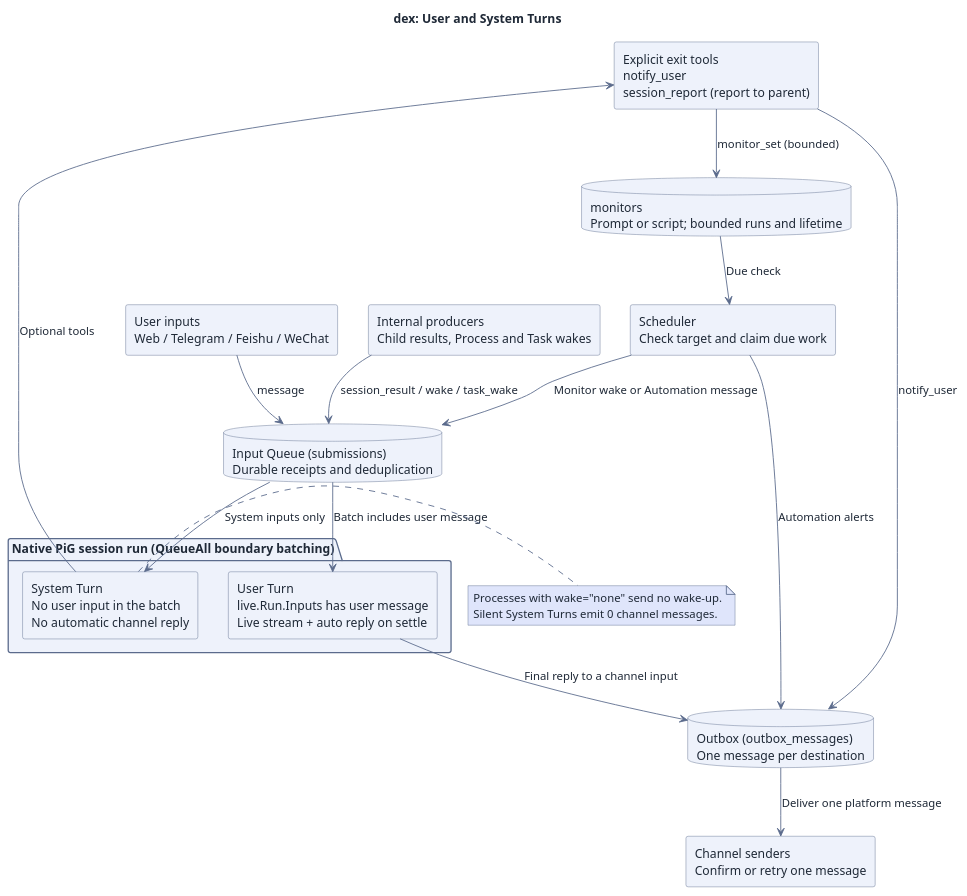
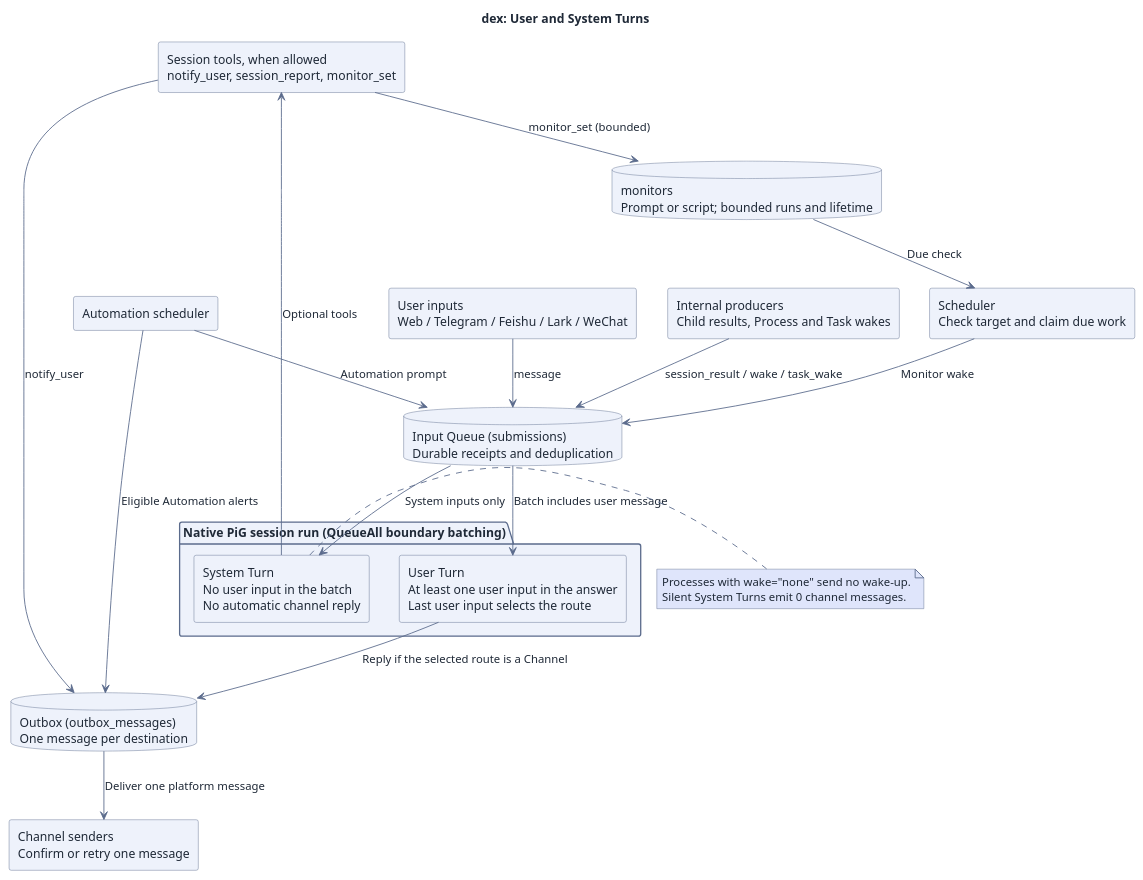
Before and after one commit to recally-io/dex: the diagram in docs/assets/src/always-on-flow.puml, drawn with PlantUML. The commit also changed 35 other files, not shown here.

First line of the commit message:
docs: Align guides and diagrams with the current runtime (#398)

```diff
--- a/docs/assets/src/always-on-flow.puml
+++ b/docs/assets/src/always-on-flow.puml
@@ -1,55 +1,57 @@
 @startuml
 skinparam RectangleBackgroundColor #eef2fb
 skinparam RectangleBorderColor #5b6b8c
 skinparam RectangleFontColor #1f2937
 skinparam DatabaseBackgroundColor #eef2fb
 skinparam DatabaseBorderColor #5b6b8c
 skinparam DatabaseFontColor #1f2937
 skinparam PackageBackgroundColor #eef2fb
 skinparam PackageBorderColor #5b6b8c
 skinparam DefaultFontColor #1f2937
 skinparam ArrowColor #5b6b8c
 skinparam ArrowFontColor #1f2937
 skinparam NoteBackgroundColor #dfe5fb
 skinparam NoteBorderColor #5b6b8c
 skinparam NoteFontColor #1f2937
 skinparam BackgroundColor #ffffff
 title dex: User and System Turns
 top to bottom direction
 
-rectangle "User inputs\nWeb / Telegram / Feishu / WeChat" as user_in
+rectangle "User inputs\nWeb / Telegram / Feishu / Lark / WeChat" as user_in
 rectangle "Internal producers\nChild results, Process and Task wakes" as sys_in
+rectangle "Automation scheduler" as auto
 database "monitors\nPrompt or script; bounded runs and lifetime" as monitors
 rectangle "Scheduler\nCheck target and claim due work" as sched
 
 database "Input Queue (submissions)\nDurable receipts and deduplication" as queue
 
 package "Native PiG session run (QueueAll boundary batching)" as run {
-  rectangle "User Turn\nlive.Run.Inputs has user message\nLive stream + auto reply on settle" as user_turn
+  rectangle "User Turn\nAt least one user input in the answer\nLast user input selects the route" as user_turn
   rectangle "System Turn\nNo user input in the batch\nNo automatic channel reply" as sys_turn
 }
 
-rectangle "Explicit exit tools\nnotify_user\nsession_report (report to parent)" as tools
+rectangle "Session tools, when allowed\nnotify_user, session_report, monitor_set" as tools
 database "Outbox (outbox_messages)\nOne message per destination" as outbox
 rectangle "Channel senders\nConfirm or retry one message" as dispatch
 
 monitors --> sched : Due check
-sched --> queue : Monitor wake or Automation message
+sched --> queue : Monitor wake
+auto --> queue : Automation prompt
+queue --> sys_turn : System inputs only
 user_in --> queue : message
 sys_in --> queue : session_result / wake / task_wake
 
 queue --> user_turn : Batch includes user message
-queue --> sys_turn : System inputs only
 
-user_turn --> outbox : Final reply to a channel input
+user_turn --> outbox : Reply if the selected route is a Channel
 sys_turn --> tools : Optional tools
 tools --> outbox : notify_user
 tools --> monitors : monitor_set (bounded)
 
-sched --> outbox : Automation alerts
+auto --> outbox : Eligible Automation alerts
 outbox --> dispatch : Deliver one platform message
 note right of sys_turn
   Processes with wake="none" send no wake-up.
   Silent System Turns emit 0 channel messages.
 end note
 @enduml
```
